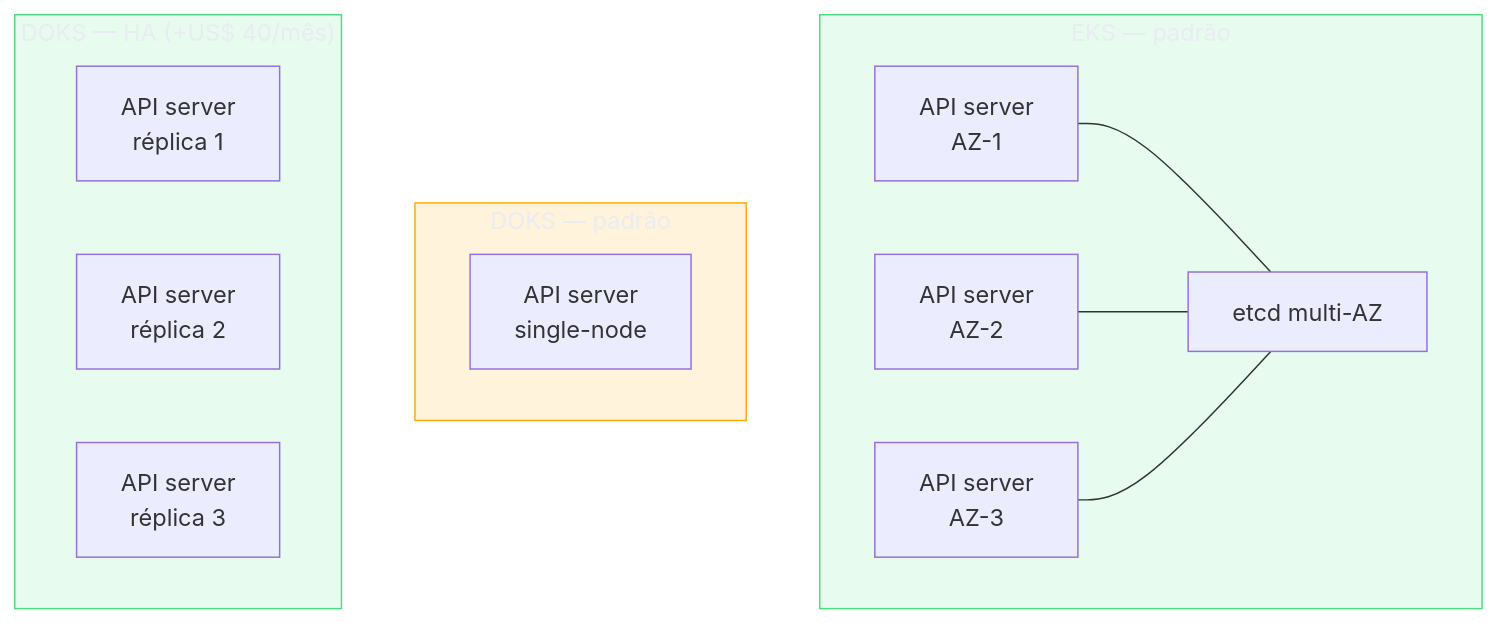
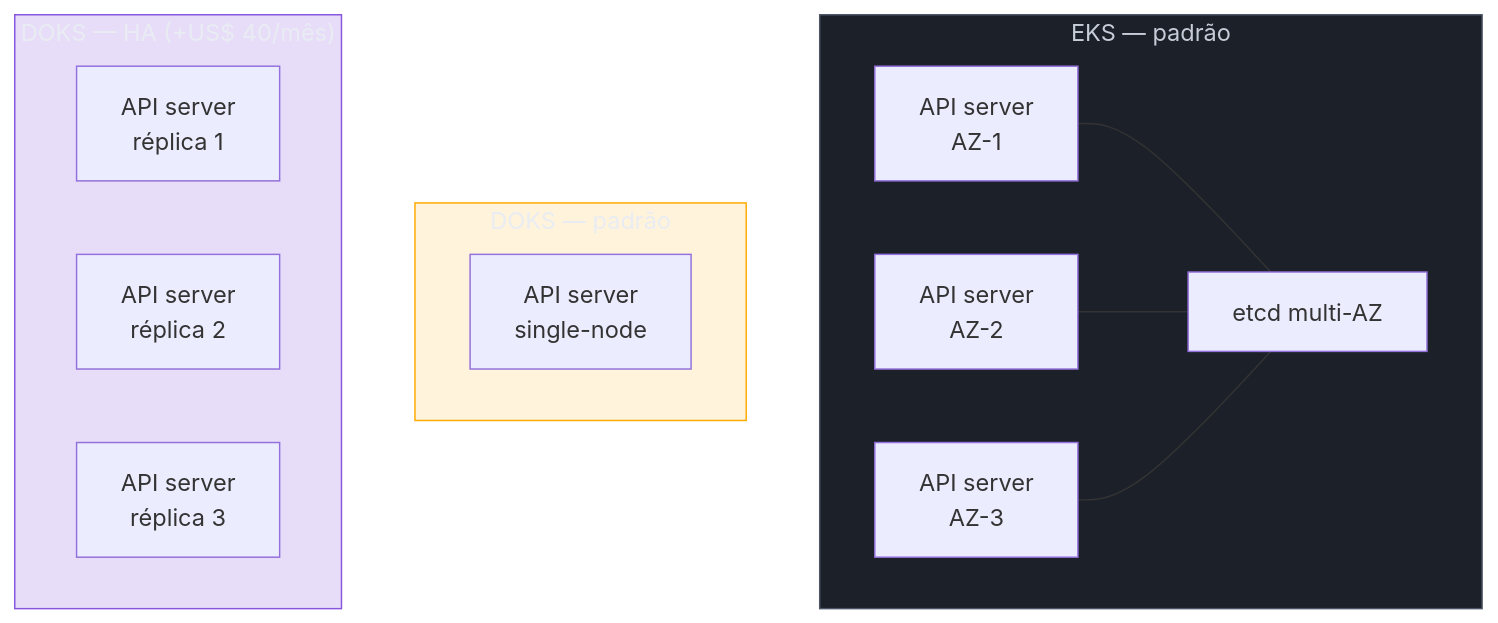
One commit to josenaldo/codex-technomanticus changed the third of 3 diagrams in 03-Dominios/Tecnologia/Cloud/12 - Containers gerenciados/05 - Kubernetes gerenciado de raspão.md. Above: the diagram before and after it, drawn with Mermaid. The commit also changed other lines of this file and 601 other files, not shown here.

````diff
--- a/03-Dominios/Tecnologia/Cloud/12 - Containers gerenciados/05 - Kubernetes gerenciado de raspão.md
+++ b/03-Dominios/Tecnologia/Cloud/12 - Containers gerenciados/05 - Kubernetes gerenciado de raspão.md
@@ -188,28 +188,29 @@
 ```mermaid
 flowchart TB
-    classDef ok fill:#4ADE8021,stroke:#4ADE80,color:#E9ECF2
+    classDef marca fill:#8855DF33,stroke:#8855DF,color:#E9ECF2
+    classDef neutro fill:#1B2029,stroke:#4E5666,color:#C6CCD8
     classDef destaque fill:#FFAA0024,stroke:#FFAA00,color:#E9ECF2
     subgraph eks["EKS — padrão"]
         eks_api1["API server<br/>AZ-1"]
         eks_api2["API server<br/>AZ-2"]
         eks_api3["API server<br/>AZ-3"]
         eks_etcd["etcd multi-AZ"]
         eks_api1 --- eks_etcd
         eks_api2 --- eks_etcd
         eks_api3 --- eks_etcd
     end
 
     subgraph doks_std["DOKS — padrão"]
         doks_api["API server<br/>single-node"]
     end
 
     subgraph doks_ha["DOKS — HA (+US$ 40/mês)"]
         doks_api1["API server<br/>réplica 1"]
         doks_api2["API server<br/>réplica 2"]
         doks_api3["API server<br/>réplica 3"]
     end
 
-    class eks ok
+    class eks neutro
     class doks_std destaque
-    class doks_ha ok
+    class doks_ha marca
 ```
````
